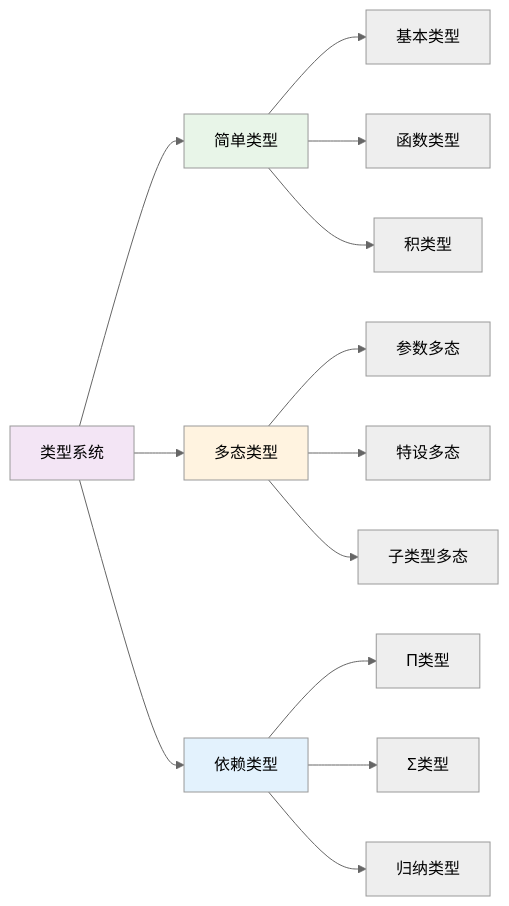
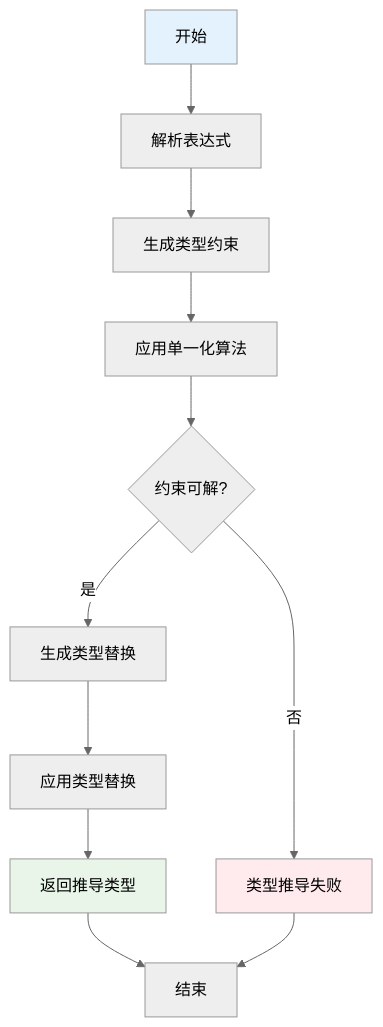
Before and after one commit to AdaMartin18010/Lean: the second of 4 diagrams in analysis/1-形式化理论/1.2-类型理论与证明/1.2.5-类型检查与推导.md, drawn with Mermaid (neutral theme). The commit also changed other lines of this file and 24 other files, not shown here.

````diff
--- a/analysis/1-形式化理论/1.2-类型理论与证明/1.2.5-类型检查与推导.md
+++ b/analysis/1-形式化理论/1.2-类型理论与证明/1.2.5-类型检查与推导.md
@@ -327,23 +597,20 @@
 ```mermaid
-graph LR
-  A[类型系统] --> B[简单类型]
-  A --> C[多态类型]
-  A --> D[依赖类型]
-  
-  B --> B1[基本类型]
-  B --> B2[函数类型]
-  B --> B3[积类型]
-  
-  C --> C1[参数多态]
-  C --> C2[特设多态]
-  C --> C3[子类型多态]
-  
-  D --> D1[Π类型]
-  D --> D2[Σ类型]
-  D --> D3[归纳类型]
-  
-  style A fill:#f3e5f5
-  style B fill:#e8f5e8
-  style C fill:#fff3e0
-  style D fill:#e3f2fd
+flowchart TD
+    A[开始] --> B[解析表达式]
+    B --> C[生成类型约束]
+    C --> D[应用单一化算法]
+    D --> E{约束可解?}
+    
+    E -->|是| F[生成类型替换]
+    E -->|否| G[类型推导失败]
+    
+    F --> H[应用类型替换]
+    H --> I[返回推导类型]
+    I --> J[结束]
+    
+    G --> J
+    
+    style A fill:#e3f2fd
+    style I fill:#e8f5e8
+    style G fill:#ffebee
 ```
````
